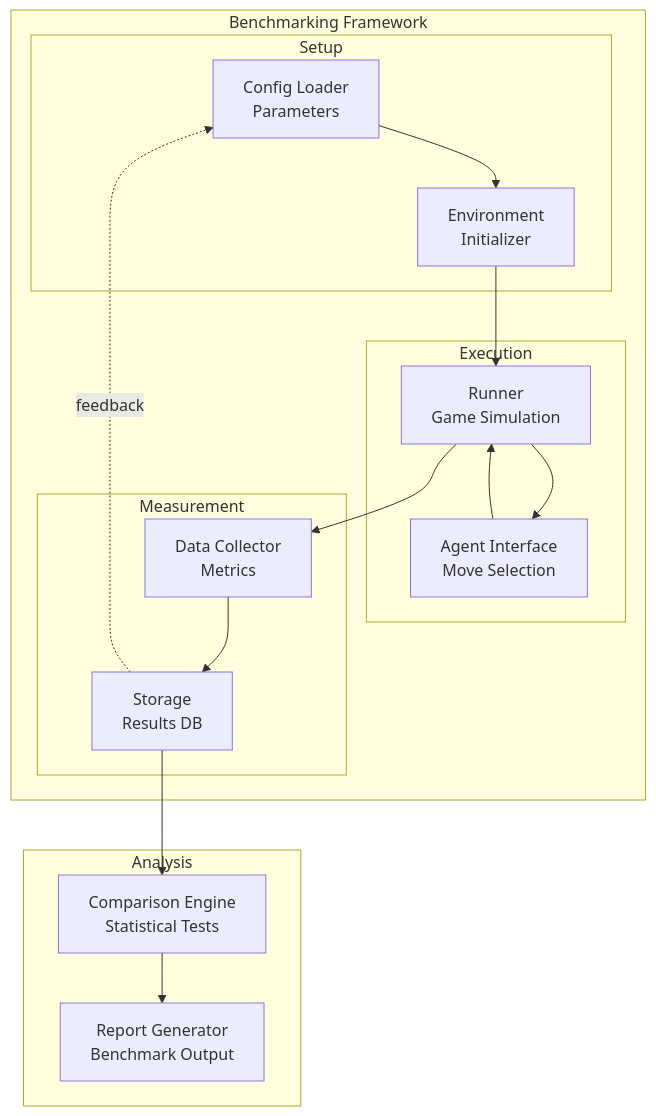
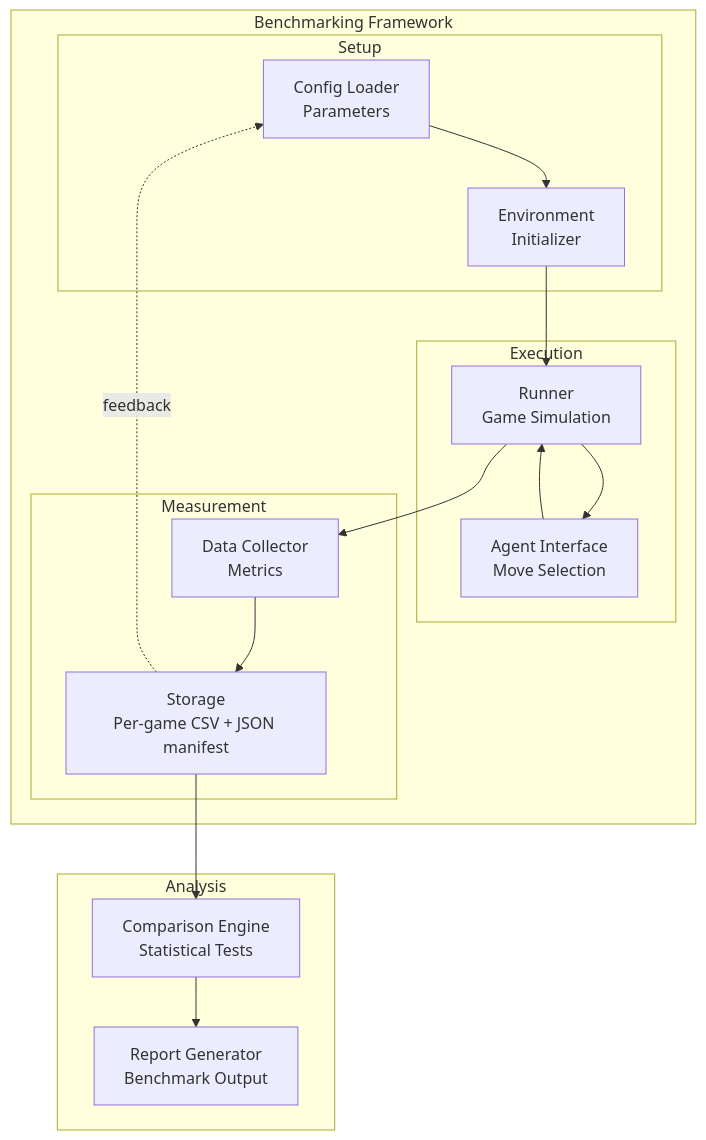
One commit to Evintkoo/2048-ml changed the first of 4 diagrams in plans/07-Benchmarking/01-Evaluation/01-benchmarking-framework.md. Above: the diagram before and after it, drawn with Mermaid. The commit also changed other lines of this file and 198 other files, not shown here.

````diff
--- a/plans/07-Benchmarking/01-Evaluation/01-benchmarking-framework.md
+++ b/plans/07-Benchmarking/01-Evaluation/01-benchmarking-framework.md
@@ -20,36 +20,36 @@
 ```mermaid
 flowchart TD
     subgraph "Benchmarking Framework"
         subgraph "Setup"
             Config[Config Loader<br/>Parameters]
             Env[Environment<br/>Initializer]
         end
         
         subgraph "Execution"
             Run[Runner<br/>Game Simulation]
             Agent[Agent Interface<br/>Move Selection]
         end
         
         subgraph "Measurement"
             Collect[Data Collector<br/>Metrics]
-            Store[Storage<br/>Results DB]
+            Store[Storage<br/>Per-game CSV + JSON manifest]
         end
         
         Config --> Env
         Env --> Run
         Run --> Agent
         Agent --> Run
         Run --> Collect
         Collect --> Store
     end
     
     Store -.->|feedback| Config
     
     subgraph "Analysis"
         Comp[Comparison Engine<br/>Statistical Tests]
         Report[Report Generator<br/>Benchmark Output]
     end
     
     Store --> Comp
     Comp --> Report
 ```
````
